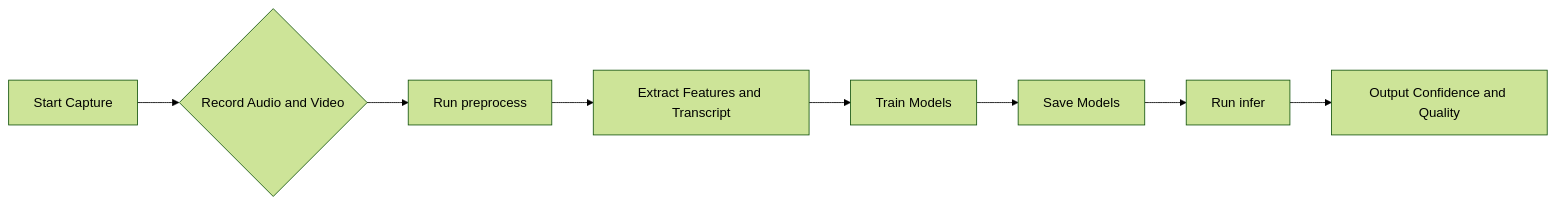
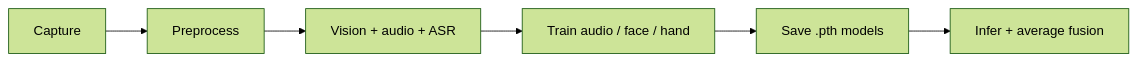
The second of 2 diagrams in VivaEvaluator/README.md (Buddhila-Herath/LLM-model-implementation), drawn with Mermaid (forest theme) before and after one commit. The commit also changed other lines of this file and 5 other files, not shown here.

````diff
--- a/VivaEvaluator/README.md
+++ b/VivaEvaluator/README.md
@@ -125,10 +193,8 @@
 ```mermaid
 flowchart LR
-  A[Start Capture] --> B{Record Audio and Video}
-  B --> C[Run preprocess]
-  C --> D[Extract Features and Transcript]
-  D --> E[Train Models]
-  E --> F[Save Models]
-  F --> G[Run infer]
-  G --> H[Output Confidence and Quality]
+  A[Capture] --> B[Preprocess]
+  B --> C[Vision + audio + ASR]
+  C --> D[Train audio / face / hand]
+  D --> E[Save .pth models]
+  E --> F[Infer + average fusion]
 ```
````
